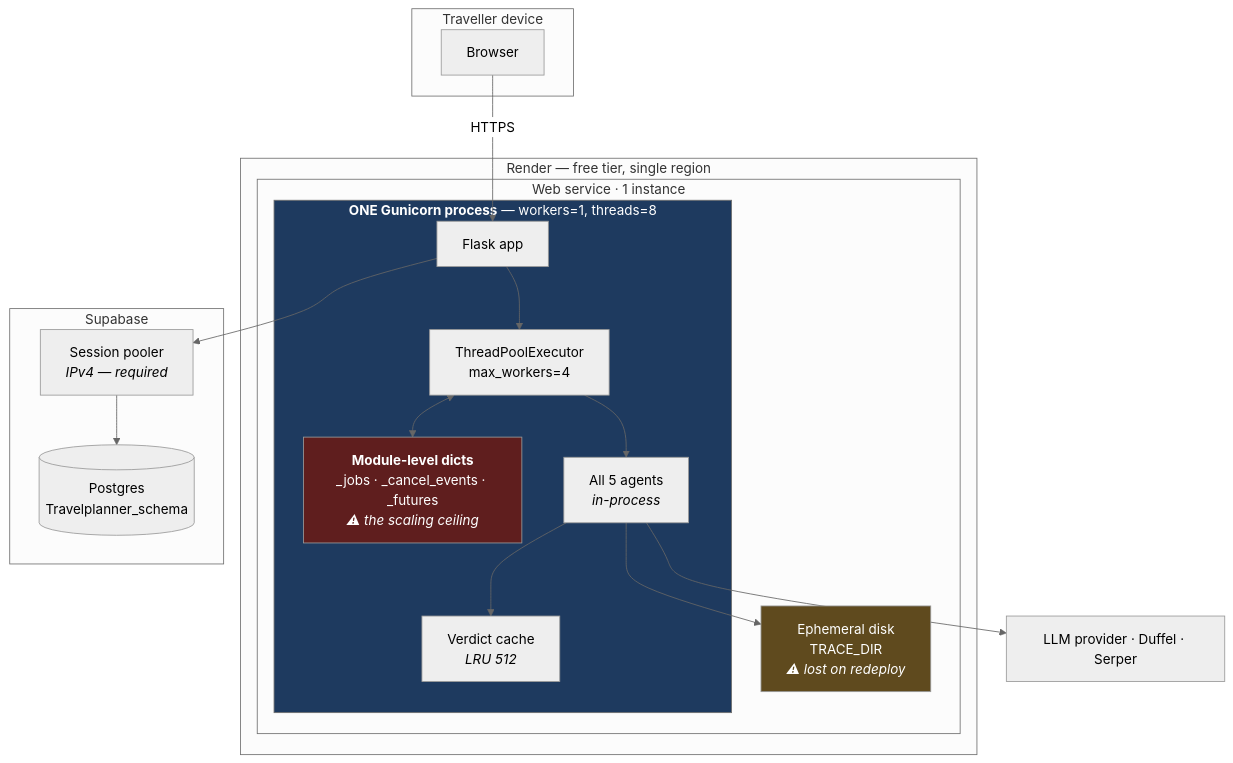
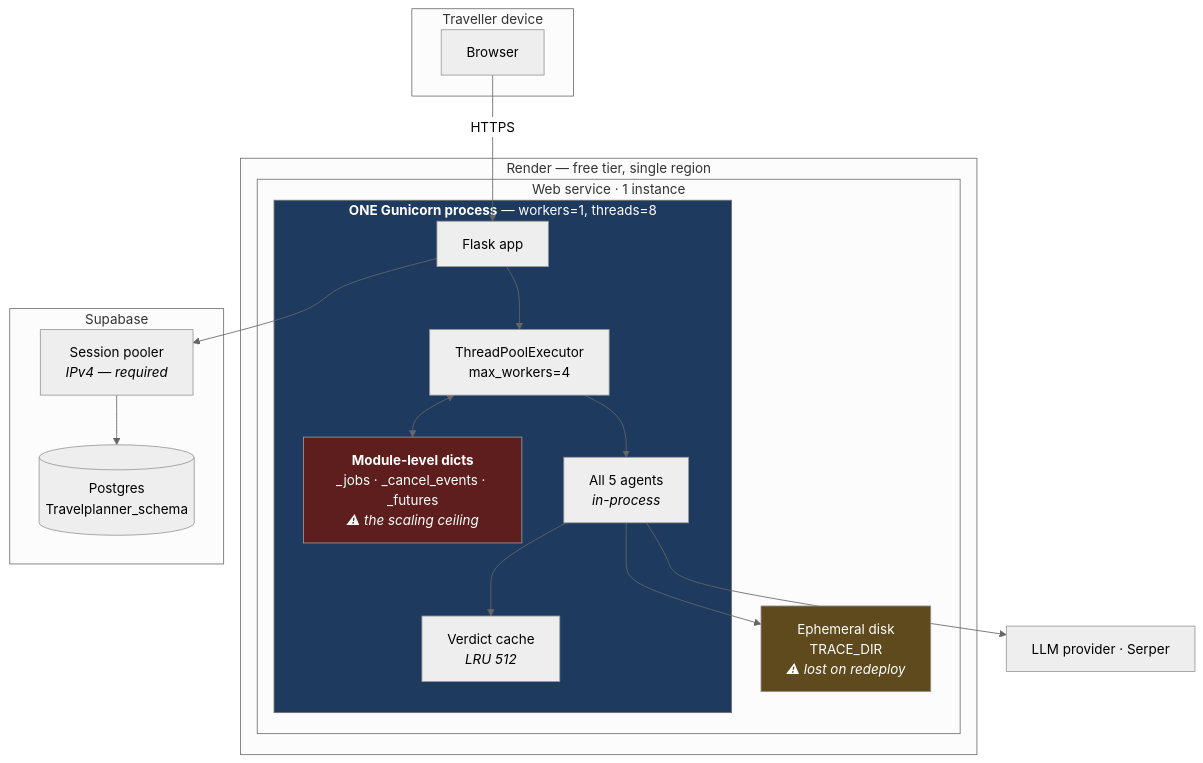
Before and after one commit to NUS-ISS-SWE5008-STACKABLE-2026-07-Team1/agentic-travel-planner: the fifth of 8 diagrams in docs/architecture.md, drawn with Mermaid (neutral theme). The commit also changed other lines of this file and 27 other files, not shown here.

First line of the commit message:
chore(flight): remove the unused Duffel provider

````diff
--- a/docs/architecture.md
+++ b/docs/architecture.md
@@ -193,38 +191,38 @@
 ```mermaid
 graph TB
     subgraph CLIENT["Traveller device"]
         BR["Browser"]
     end
 
     subgraph RENDER["Render — free tier, single region"]
         subgraph SVC["Web service · 1 instance"]
             subgraph PROC["<b>ONE Gunicorn process</b> — workers=1, threads=8"]
                 FLASK["Flask app"]
                 POOL["ThreadPoolExecutor<br/>max_workers=4"]
                 MEM["<b>Module-level dicts</b><br/>_jobs · _cancel_events · _futures<br/><i>⚠ the scaling ceiling</i>"]
                 AG["All 5 agents<br/><i>in-process</i>"]
                 CACHE["Verdict cache<br/><i>LRU 512</i>"]
             end
             DISK["Ephemeral disk<br/>TRACE_DIR<br/><i>⚠ lost on redeploy</i>"]
         end
     end
 
     subgraph SUPA["Supabase"]
         PGB["Session pooler<br/><i>IPv4 — required</i>"]
         PG[("Postgres<br/>Travelplanner_schema")]
     end
 
-    EXT["LLM provider · Duffel · Serper"]
+    EXT["LLM provider · Serper"]
 
     BR -->|HTTPS| FLASK
     FLASK --> POOL --> AG
     POOL <--> MEM
     AG --> CACHE
     AG --> EXT
     AG --> DISK
     FLASK --> PGB --> PG
 
     style PROC fill:#1e3a5f,color:#fff
     style MEM fill:#5f1e1e,color:#fff
     style DISK fill:#5f4a1e,color:#fff
 ```
````
